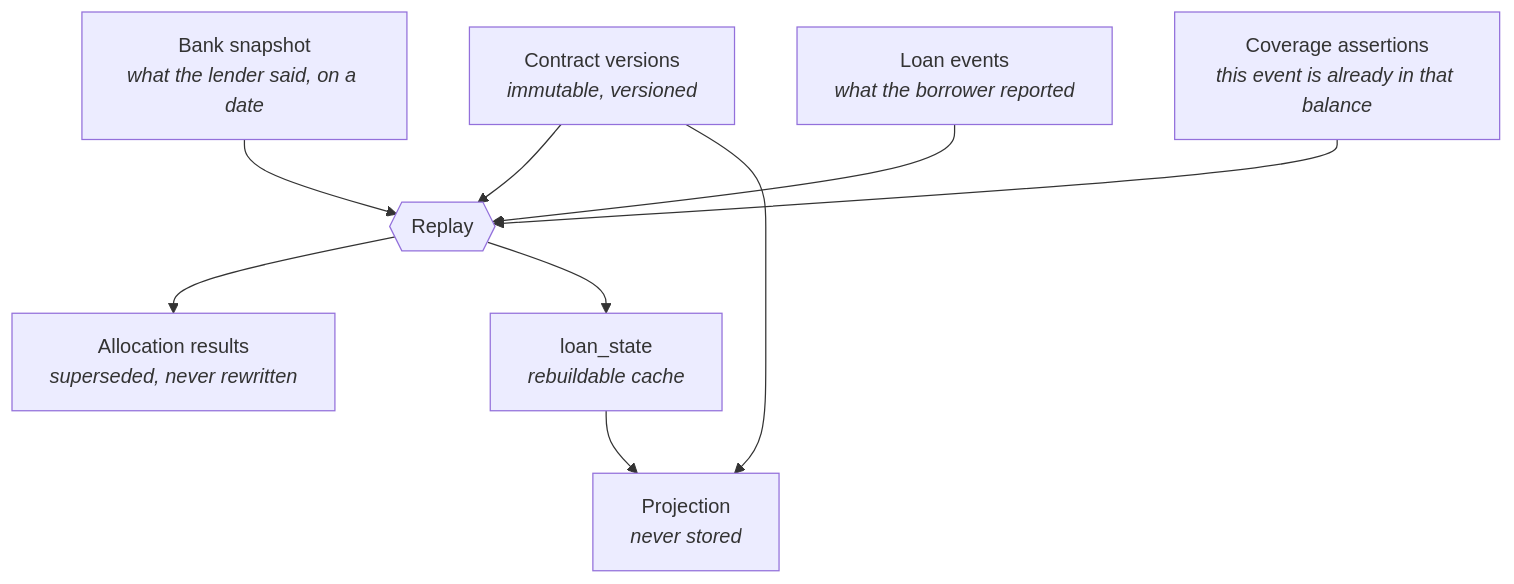
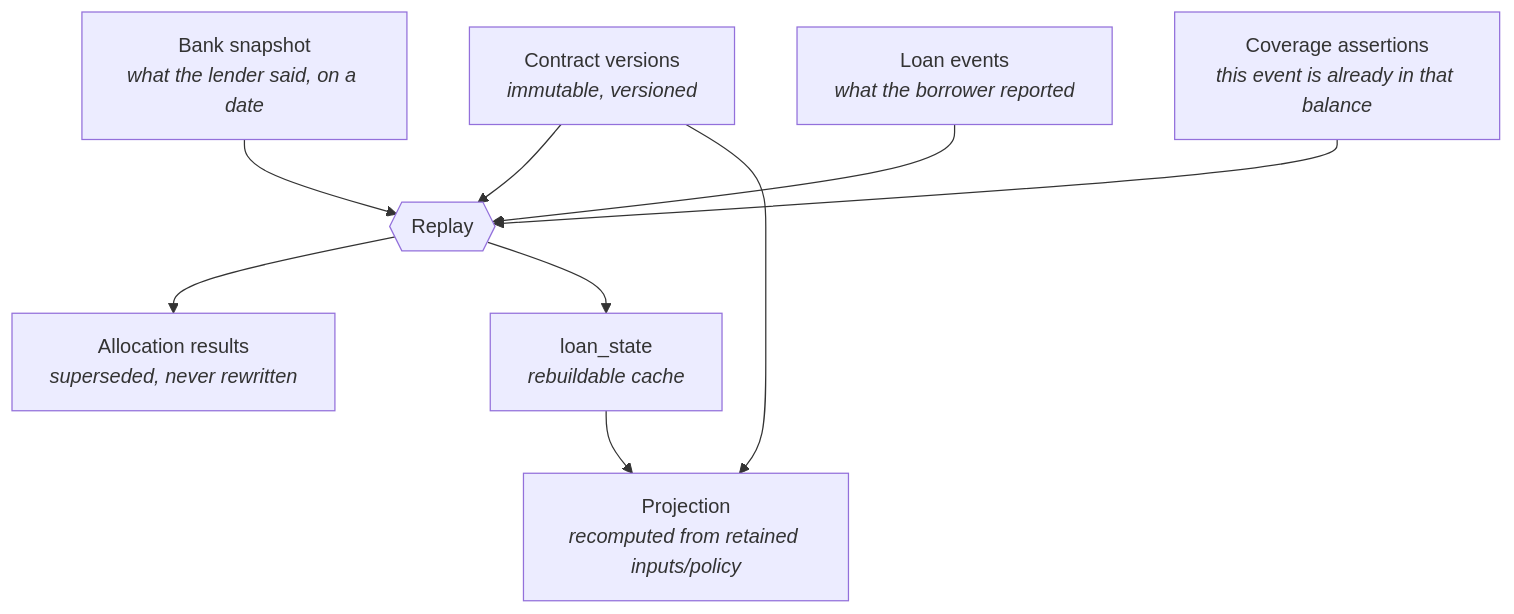
The diagram in docs/architecture/02-domain-model.md (andranikasd/marumbot), drawn with Mermaid before and after one commit. The commit also changed other lines of this file and 32 other files, not shown here.

````diff
--- a/docs/architecture/02-domain-model.md
+++ b/docs/architecture/02-domain-model.md
@@ -7,20 +8,20 @@
 ```mermaid
 flowchart TB
   c["Contract versions<br/><i>immutable, versioned</i>"]
   s["Bank snapshot<br/><i>what the lender said, on a date</i>"]
   e["Loan events<br/><i>what the borrower reported</i>"]
   cov["Coverage assertions<br/><i>this event is already in that balance</i>"]
   r{{"Replay"}}
   a["Allocation results<br/><i>superseded, never rewritten</i>"]
   st["loan_state<br/><i>rebuildable cache</i>"]
-  p["Projection<br/><i>never stored</i>"]
+  p["Projection<br/><i>recomputed from retained inputs/policy</i>"]
 
   c --> r
   s --> r
   e --> r
   cov --> r
   r --> a
   r --> st
   st --> p
   c --> p
 ```
````
